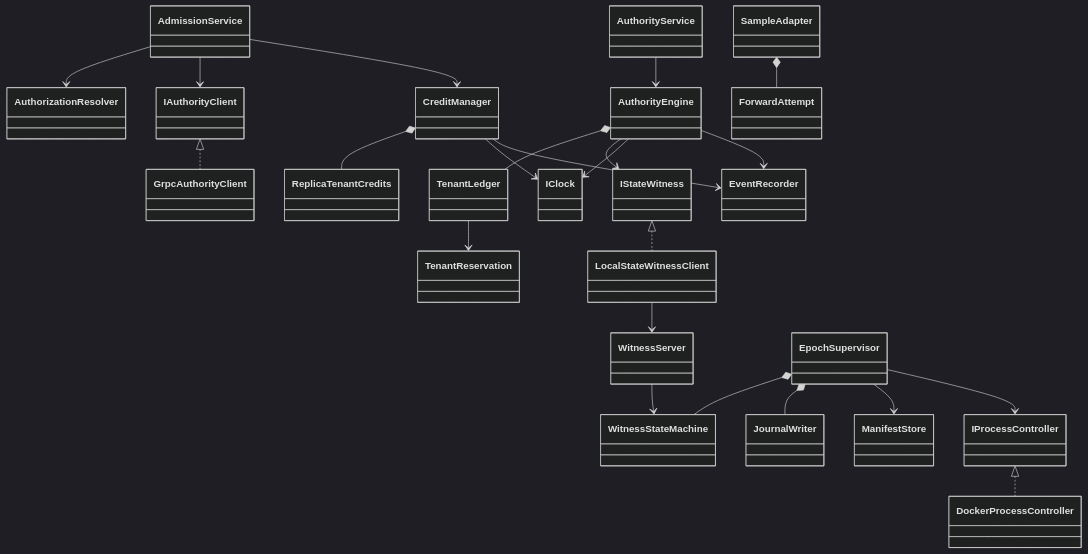
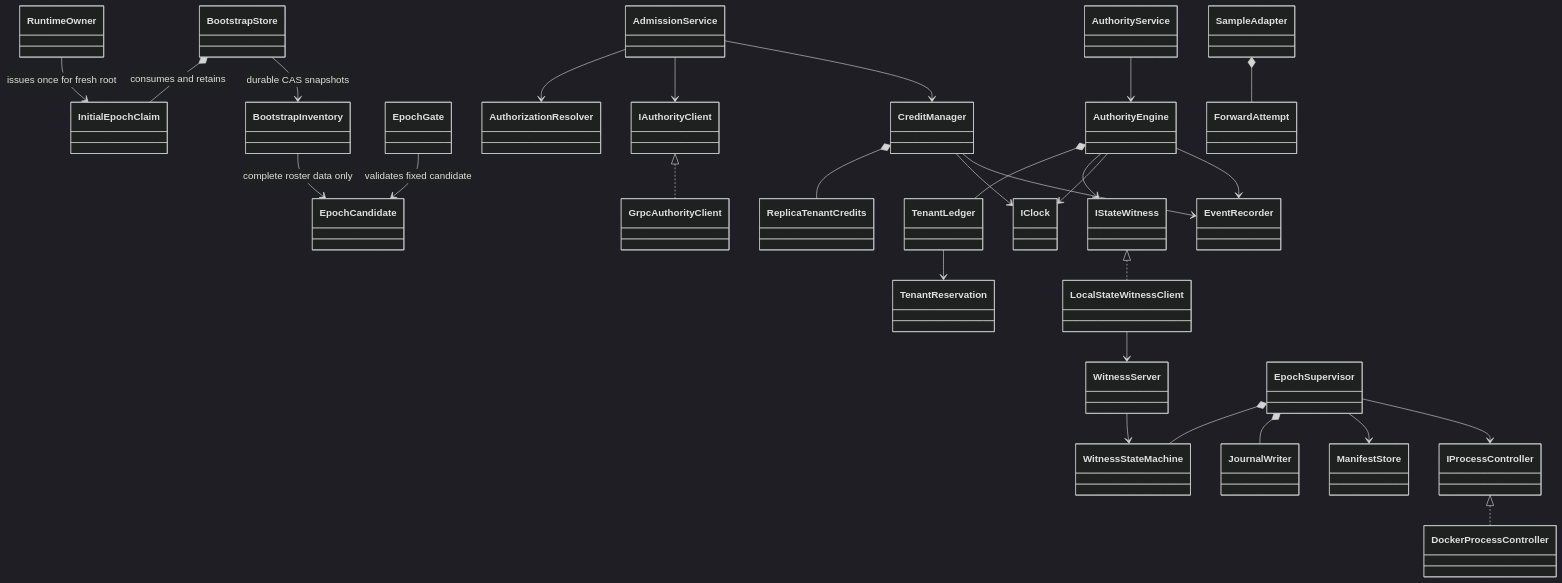
The second of 3 diagrams in docs/LLD.md (kshiteesh28/DistributedRateGuard), drawn with Mermaid (dark theme) before and after one commit. The commit also changed other lines of this file and 5 other files, not shown here.

````diff
--- a/docs/LLD.md
+++ b/docs/LLD.md
@@ -507,25 +516,30 @@
 ```mermaid
 classDiagram
+  RuntimeOwner --> InitialEpochClaim : issues once for fresh root
+  BootstrapStore *-- InitialEpochClaim : consumes and retains
+  BootstrapStore --> BootstrapInventory : durable CAS snapshots
+  BootstrapInventory --> EpochCandidate : complete roster data only
+  EpochGate --> EpochCandidate : validates fixed candidate
   AdmissionService --> AuthorizationResolver
   AdmissionService --> IAuthorityClient
   AdmissionService --> CreditManager
   CreditManager *-- ReplicaTenantCredits
   AuthorityService --> AuthorityEngine
   AuthorityEngine *-- TenantLedger
   TenantLedger --> TenantReservation
   AuthorityEngine --> IStateWitness
   IStateWitness <|.. LocalStateWitnessClient
   LocalStateWitnessClient --> WitnessServer
   WitnessServer --> WitnessStateMachine
   IAuthorityClient <|.. GrpcAuthorityClient
   IProcessController <|.. DockerProcessController
   EpochSupervisor *-- WitnessStateMachine
   EpochSupervisor *-- JournalWriter
   EpochSupervisor --> ManifestStore
   EpochSupervisor --> IProcessController
   AuthorityEngine --> IClock
   CreditManager --> IClock
   SampleAdapter *-- ForwardAttempt
   AuthorityEngine --> EventRecorder
   CreditManager --> EventRecorder
 ```
````
